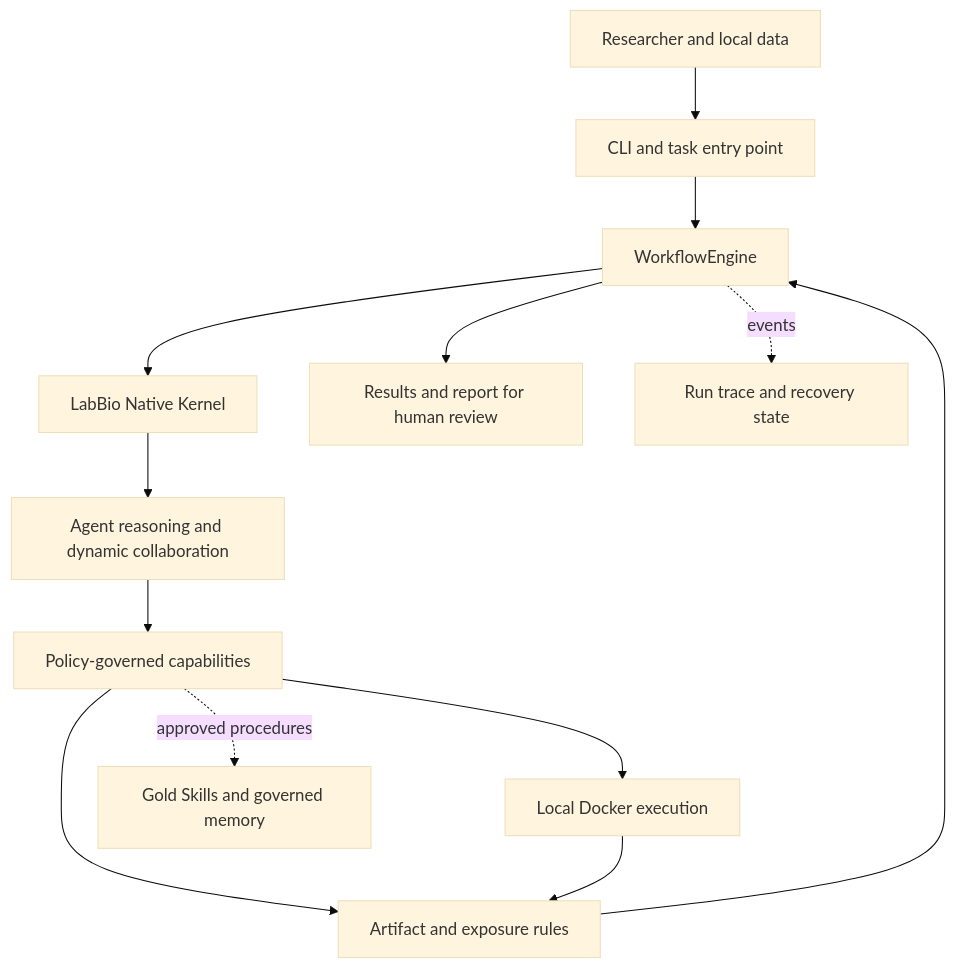
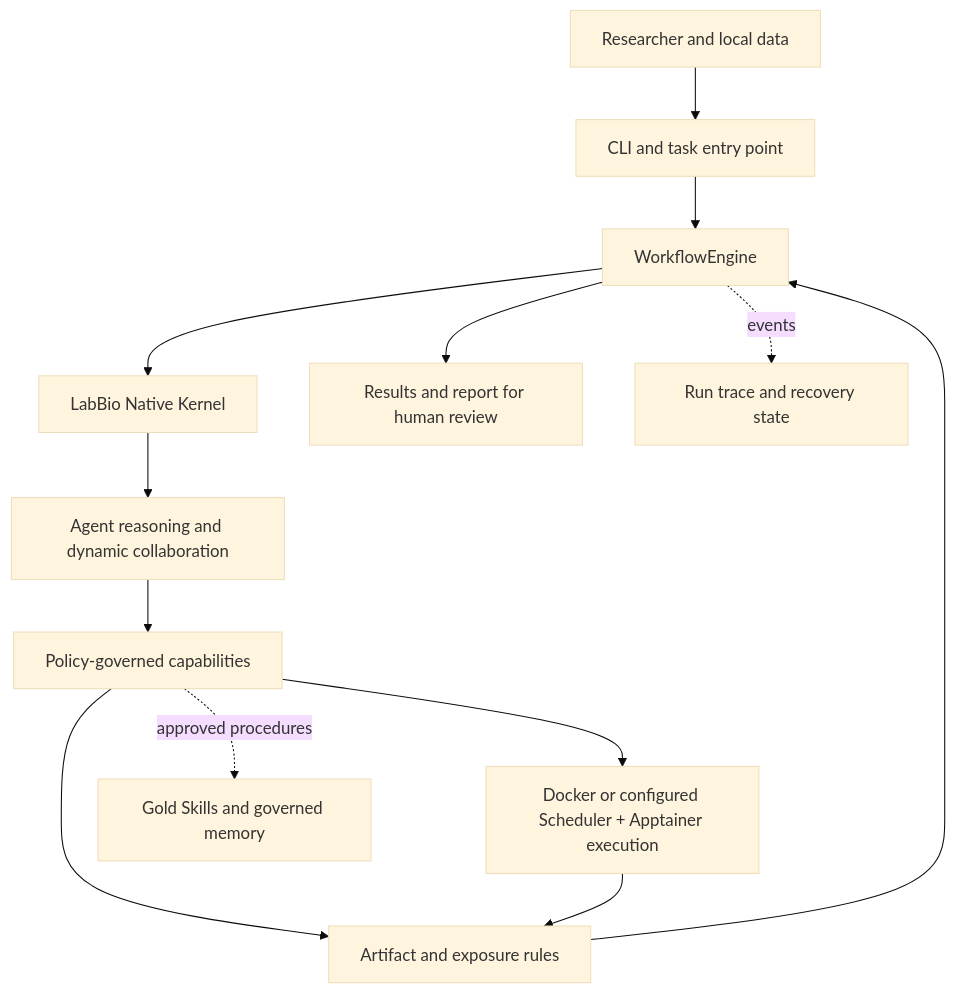
Before and after one commit to YuchenWang-leslie/LabBioAgentOS: the diagram in README.md, drawn with Mermaid (base theme). The commit also changed other lines of this file and 3 other files, not shown here.

````diff
--- a/README.md
+++ b/README.md
@@ -22,15 +22,15 @@
 ```mermaid
 flowchart TD
     U[Researcher and local data] --> C[CLI and task entry point]
     C --> W[WorkflowEngine]
     W --> K[LabBio Native Kernel]
     K --> A[Agent reasoning and dynamic collaboration]
     A --> P[Policy-governed capabilities]
-    P --> E[Local Docker execution]
+    P --> E[Docker or configured Scheduler + Apptainer execution]
     P --> R[Artifact and exposure rules]
     E --> R
     R --> W
     W --> O[Results and report for human review]
     W -. events .-> T[Run trace and recovery state]
     P -. approved procedures .-> G[Gold Skills and governed memory]
 ```
````
